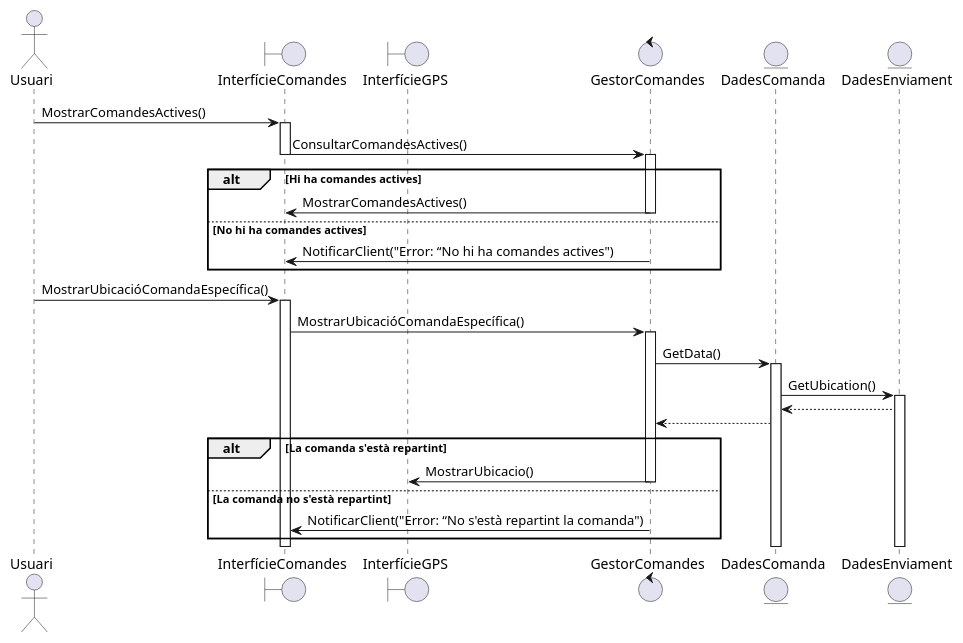
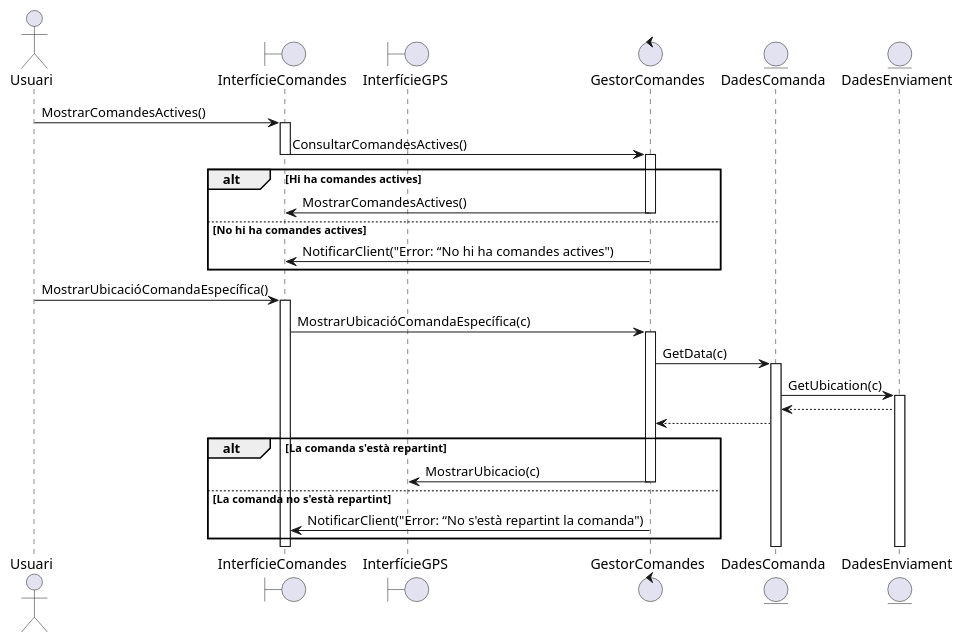
One commit to martipages/ES23UAB431-02 changed the diagram in documents/Diagrames i Especificacions/Seqüencia/seta/5 - Seguiment Comanda.puml. Above: the diagram before and after it, drawn with PlantUML. The commit also changed 16 other files, not shown here.

```diff
--- a/documents/Diagrames i Especificacions/Seqüencia/seta/5 - Seguiment Comanda.puml
+++ b/documents/Diagrames i Especificacions/Seqüencia/seta/5 - Seguiment Comanda.puml
@@ -1,34 +1,34 @@
 @startuml
 
 actor Usuari
 boundary InterfícieComandes
 boundary InterfícieGPS
 control GestorComandes
 entity DadesComanda
 entity DadesEnviament
 
 Usuari -> InterfícieComandes++: MostrarComandesActives()
 InterfícieComandes -> GestorComandes--++: ConsultarComandesActives()
 alt Hi ha comandes actives
 GestorComandes->InterfícieComandes--: MostrarComandesActives() 
 else No hi ha comandes actives
 GestorComandes->InterfícieComandes: NotificarClient("Error: “No hi ha comandes actives")
 end
 
 Usuari -> InterfícieComandes++: MostrarUbicacióComandaEspecífica()
-InterfícieComandes -> GestorComandes++: MostrarUbicacióComandaEspecífica()
-GestorComandes -> DadesComanda++: GetData()
-DadesComanda -> DadesEnviament++: GetUbication()
+InterfícieComandes -> GestorComandes++: MostrarUbicacióComandaEspecífica(c)
+GestorComandes -> DadesComanda++: GetData(c)
+DadesComanda -> DadesEnviament++: GetUbication(c)
 DadesEnviament --> DadesComanda
 DadesComanda --> GestorComandes
 
 alt La comanda s'està repartint
-GestorComandes->InterfícieGPS--: MostrarUbicacio()
+GestorComandes->InterfícieGPS--: MostrarUbicacio(c)
 else La comanda no s'està repartint
 GestorComandes->InterfícieComandes: NotificarClient("Error: “No s'està repartint la comanda")
 end
 
 
 
 
 @enduml
```
